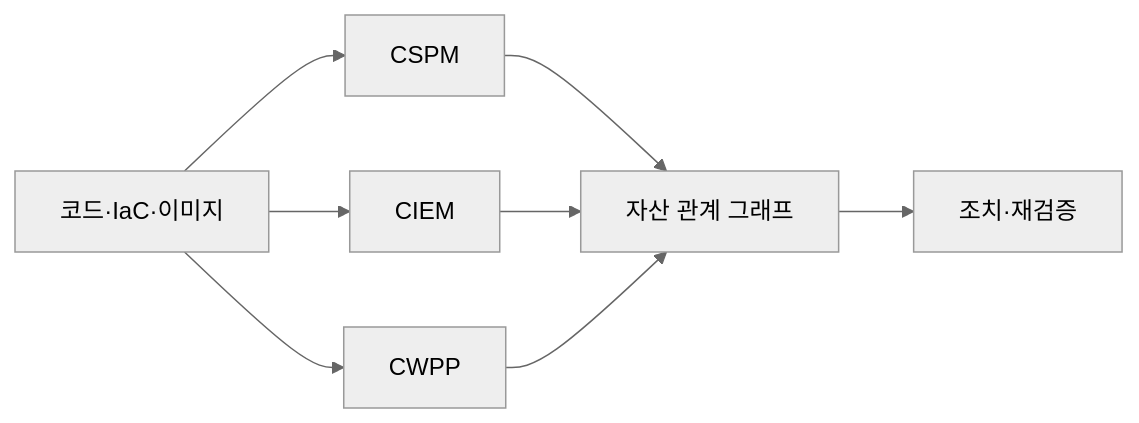
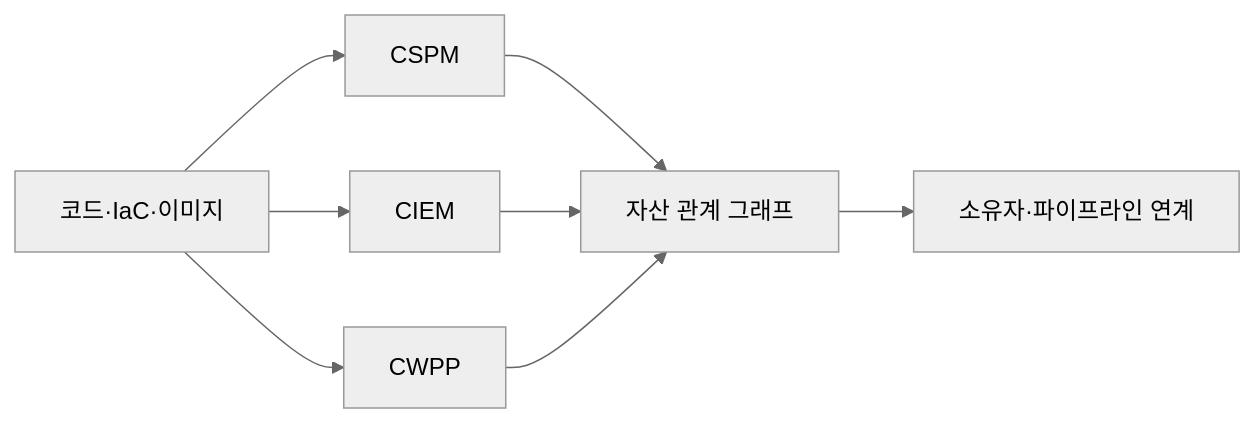
Before and after one commit to agnusdei1207/knowledge-base: the first of 2 diagrams in src/content/docs/notes/05-security/073_cnapp.md, drawn with Mermaid (neutral theme). The commit also changed other lines of this file and 10 other files, not shown here.

````diff
--- a/src/content/docs/notes/05-security/073_cnapp.md
+++ b/src/content/docs/notes/05-security/073_cnapp.md
@@ -62,10 +62,10 @@
 ```mermaid
 flowchart LR
     A[코드·IaC·이미지] --> B[CSPM]
     A --> C[CIEM]
     A --> D[CWPP]
     B --> E[자산 관계 그래프]
     C --> E
     D --> E
-    E --> F[조치·재검증]
+    E --> F[소유자·파이프라인 연계]
 ```
````
